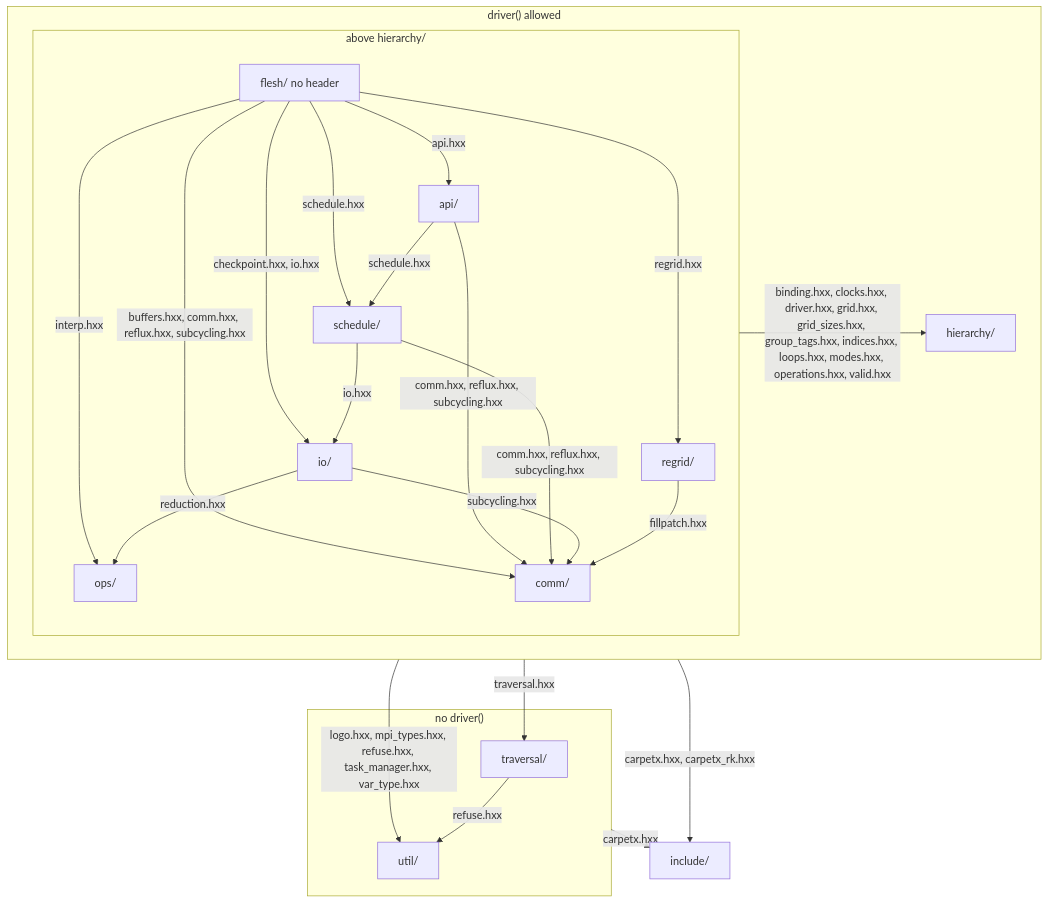
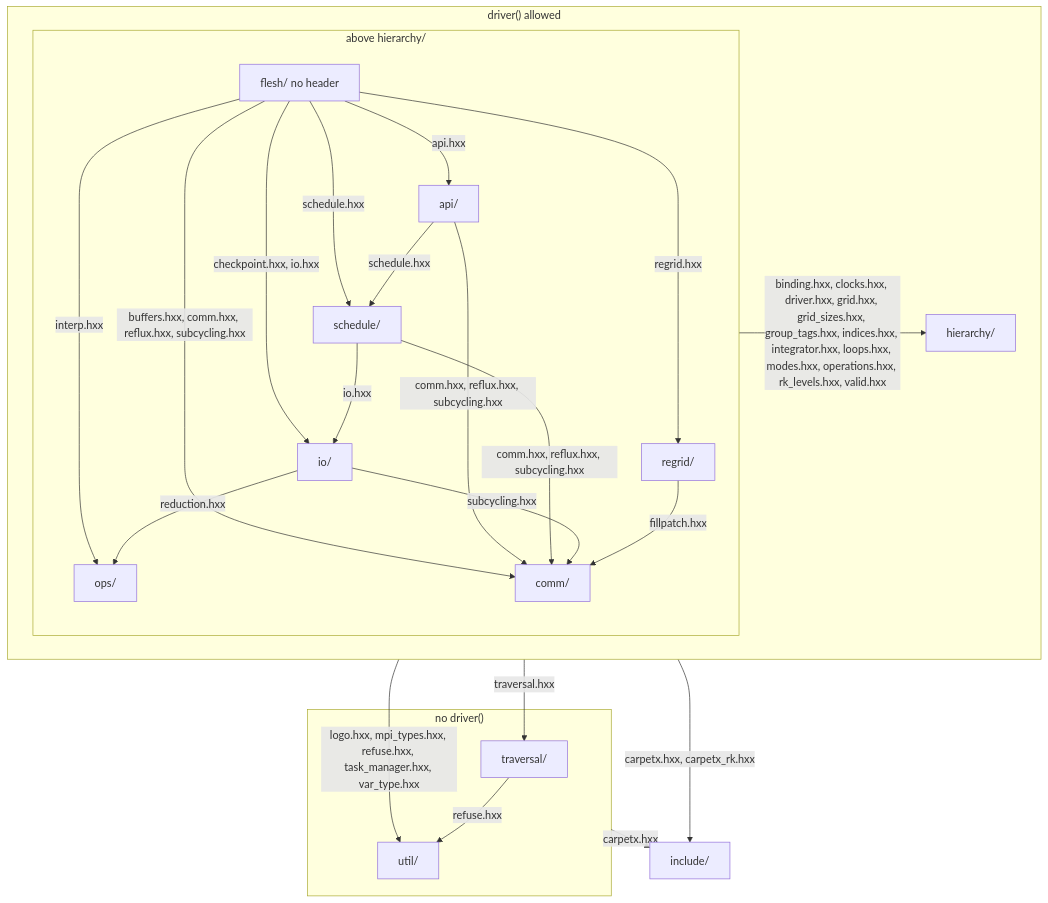
The first of 3 diagrams in agent_docs/carpetx-internals.md (lwJi/CarpetX), drawn with Mermaid before and after one commit. The commit also changed 14 other files, not shown here.

````diff
--- a/agent_docs/carpetx-internals.md
+++ b/agent_docs/carpetx-internals.md
@@ -7,39 +7,39 @@
 ```mermaid
 flowchart TB
   subgraph door["driver() allowed"]
     subgraph above["above hierarchy/"]
       flesh["flesh/ no header"]
       api["api/"]
       schedule["schedule/"]
       io["io/"]
       ops["ops/"]
       regrid["regrid/"]
       comm["comm/"]
     end
     hierarchy["hierarchy/"]
   end
   subgraph nodoor["no driver()"]
     traversal["traversal/"]
     util["util/"]
   end
   include["include/"]
   flesh -- "api.hxx" --> api
   flesh -- "schedule.hxx" --> schedule
   flesh -- "checkpoint.hxx, io.hxx" --> io
   flesh -- "interp.hxx" --> ops
   flesh -- "regrid.hxx" --> regrid
   flesh -- "buffers.hxx, comm.hxx, reflux.hxx, subcycling.hxx" --> comm
   api -- "schedule.hxx" --> schedule
   api -- "comm.hxx, reflux.hxx, subcycling.hxx" --> comm
   schedule -- "io.hxx" --> io
   schedule -- "comm.hxx, reflux.hxx, subcycling.hxx" --> comm
   io -- "reduction.hxx" --> ops
   io -- "subcycling.hxx" --> comm
   regrid -- "fillpatch.hxx" --> comm
   traversal -- "refuse.hxx" --> util
-  above -- "binding.hxx, clocks.hxx, driver.hxx, grid.hxx, grid_sizes.hxx, group_tags.hxx, indices.hxx, loops.hxx, modes.hxx, operations.hxx, valid.hxx" --> hierarchy
+  above -- "binding.hxx, clocks.hxx, driver.hxx, grid.hxx, grid_sizes.hxx, group_tags.hxx, indices.hxx, integrator.hxx, loops.hxx, modes.hxx, operations.hxx, rk_levels.hxx, valid.hxx" --> hierarchy
   door -- "traversal.hxx" --> traversal
   door -- "logo.hxx, mpi_types.hxx, refuse.hxx, task_manager.hxx, var_type.hxx" --> util
   door -- "carpetx.hxx, carpetx_rk.hxx" --> include
   nodoor -- "carpetx.hxx" --> include
 ```
````
